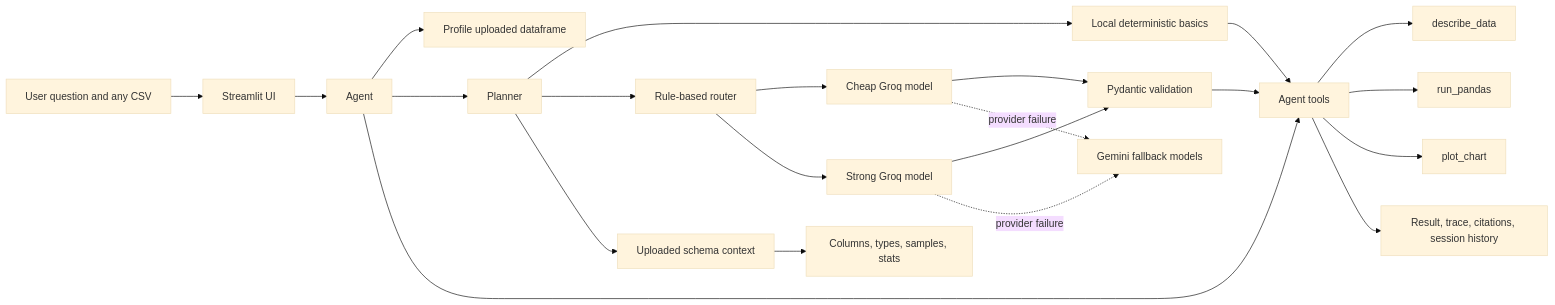
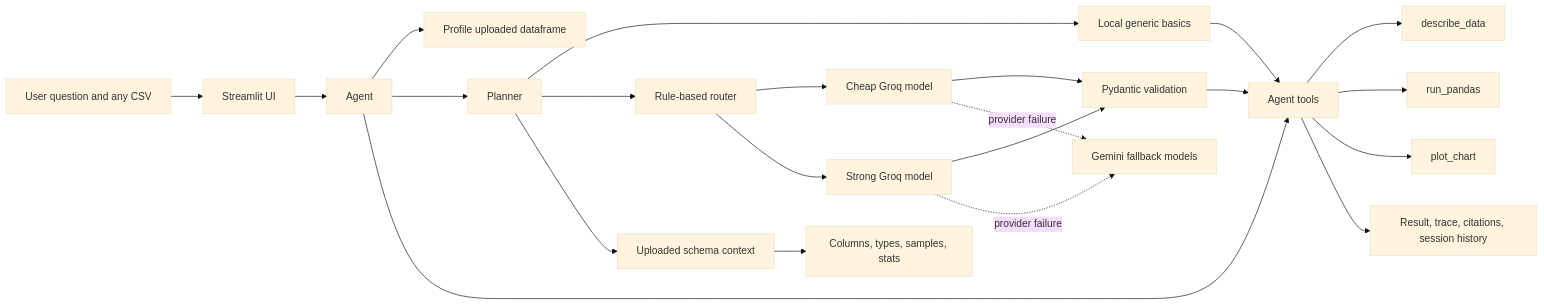
Before and after one commit to astroelaa/data-analyst-copilot: the diagram in README.md, drawn with Mermaid (base theme). The commit also changed other lines of this file and 5 other files, not shown here.

Commit message:
fix: stabilize layered agent architecture

````diff
--- a/README.md
+++ b/README.md
@@ -71,24 +71,24 @@
 ```mermaid
 flowchart LR
     U[User question and any CSV] --> UI[Streamlit UI]
     UI --> A[Agent]
     A --> D[Profile uploaded dataframe]
     A --> P[Planner]
-    P --> L[Local deterministic basics]
+    P --> L[Local generic basics]
     P --> R[Rule-based router]
     R --> C[Cheap Groq model]
     R --> S[Strong Groq model]
     C --> V[Pydantic validation]
     S --> V
     C -. provider failure .-> G[Gemini fallback models]
     S -. provider failure .-> G
     P --> D1[Uploaded schema context]
     D1 --> E[Columns, types, samples, stats]
     A --> T[Agent tools]
     T --> DP[describe_data]
     T --> RP[run_pandas]
     T --> PC[plot_chart]
     V --> T
     L --> T
     T --> O[Result, trace, citations, session history]
 ```
````
